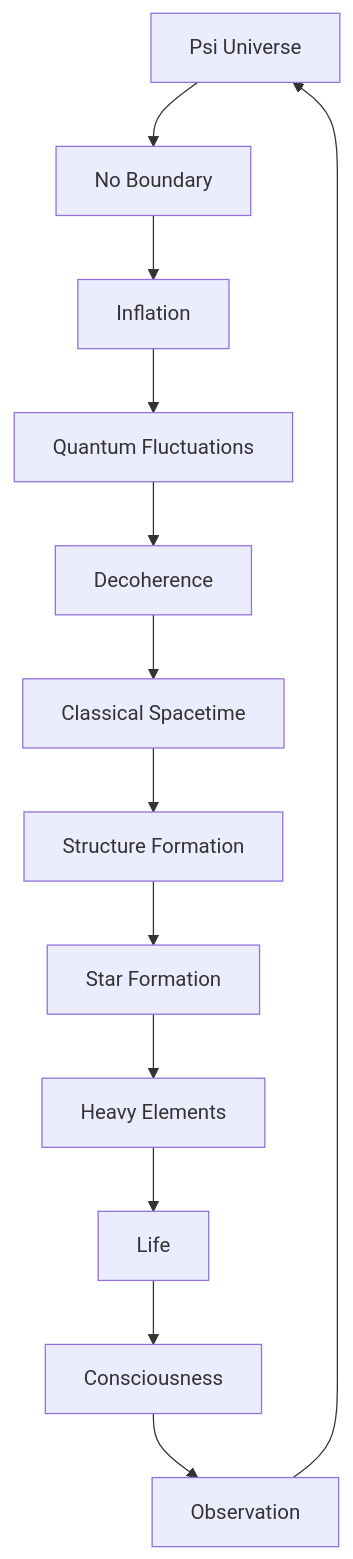
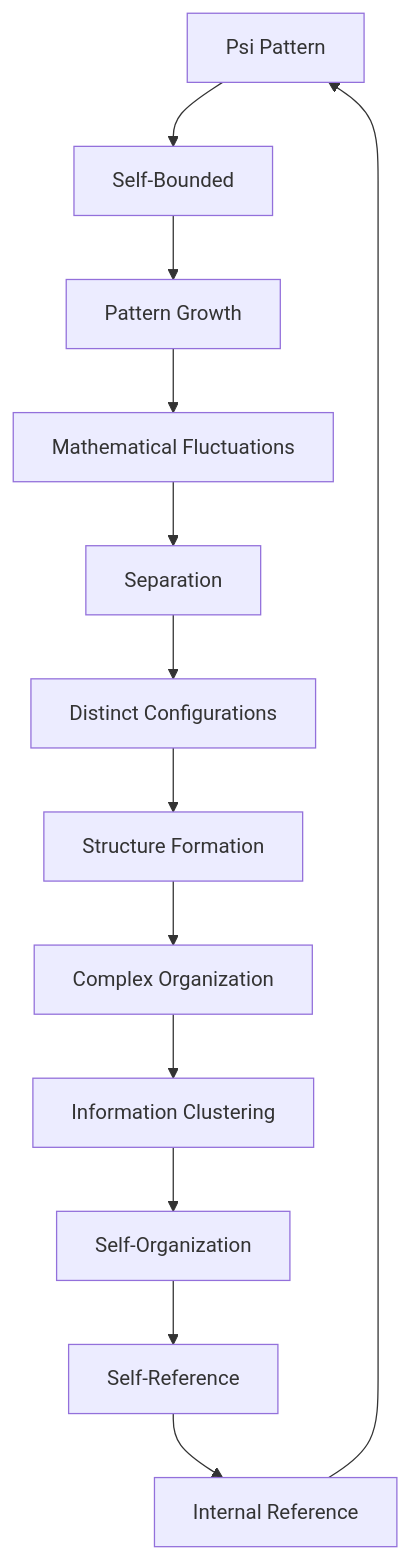
The second of 2 diagrams in docs/psi-structum/book-1-collapse-ontology/part-04-quantum-gravity/chapter-057-universe-self-collapsing.md (loning/the-phys), drawn with Mermaid before and after one commit. The commit also changed other lines of this file and 19 other files, not shown here.

````diff
--- a/docs/psi-structum/book-1-collapse-ontology/part-04-quantum-gravity/chapter-057-universe-self-collapsing.md
+++ b/docs/psi-structum/book-1-collapse-ontology/part-04-quantum-gravity/chapter-057-universe-self-collapsing.md
@@ -194,15 +228,15 @@
 ```mermaid
 graph TD
-    A[Psi Universe] --> B[No Boundary]
-    B --> C[Inflation]
-    C --> D[Quantum Fluctuations]
-    D --> E[Decoherence]
-    E --> F[Classical Spacetime]
+    A[Psi Pattern] --> B[Self-Bounded]
+    B --> C[Pattern Growth]
+    C --> D[Mathematical Fluctuations]
+    D --> E[Separation]
+    E --> F[Distinct Configurations]
     F --> G[Structure Formation]
-    G --> H[Star Formation]
-    H --> I[Heavy Elements]
-    I --> J[Life]
-    J --> K[Consciousness]
-    K --> L[Observation]
+    G --> H[Complex Organization]
+    H --> I[Information Clustering]
+    I --> J[Self-Organization]
+    J --> K[Self-Reference]
+    K --> L[Internal Reference]
     L --> A
 ```
````
